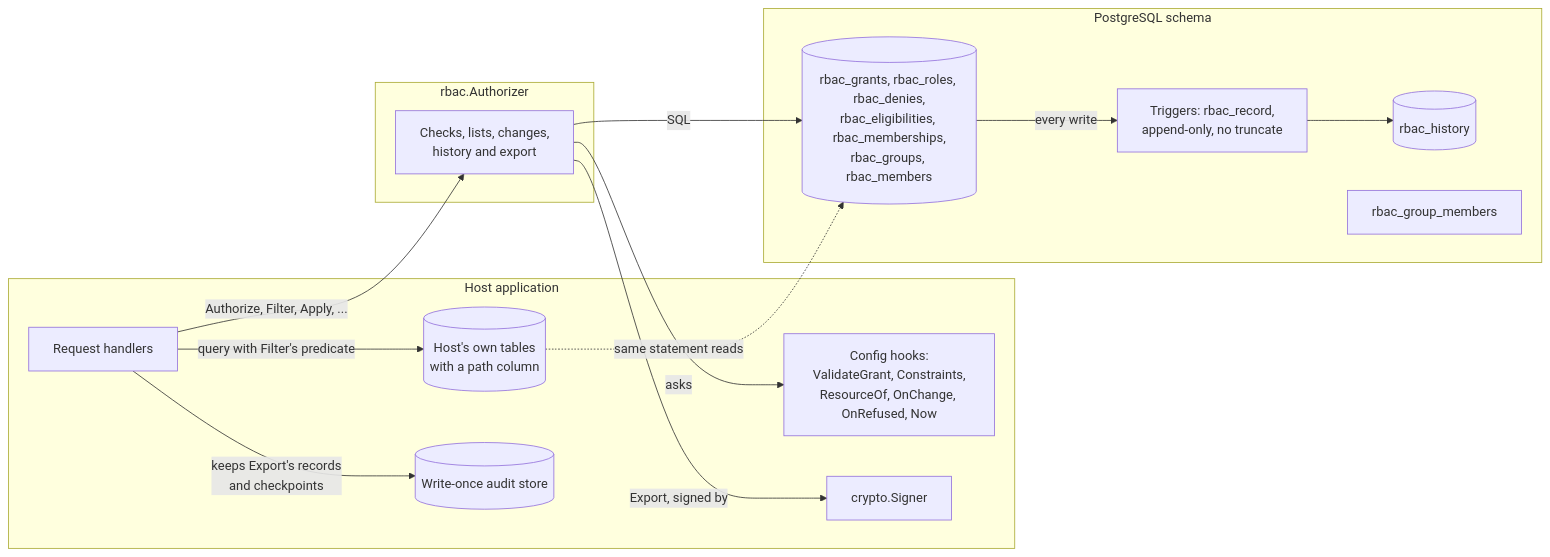
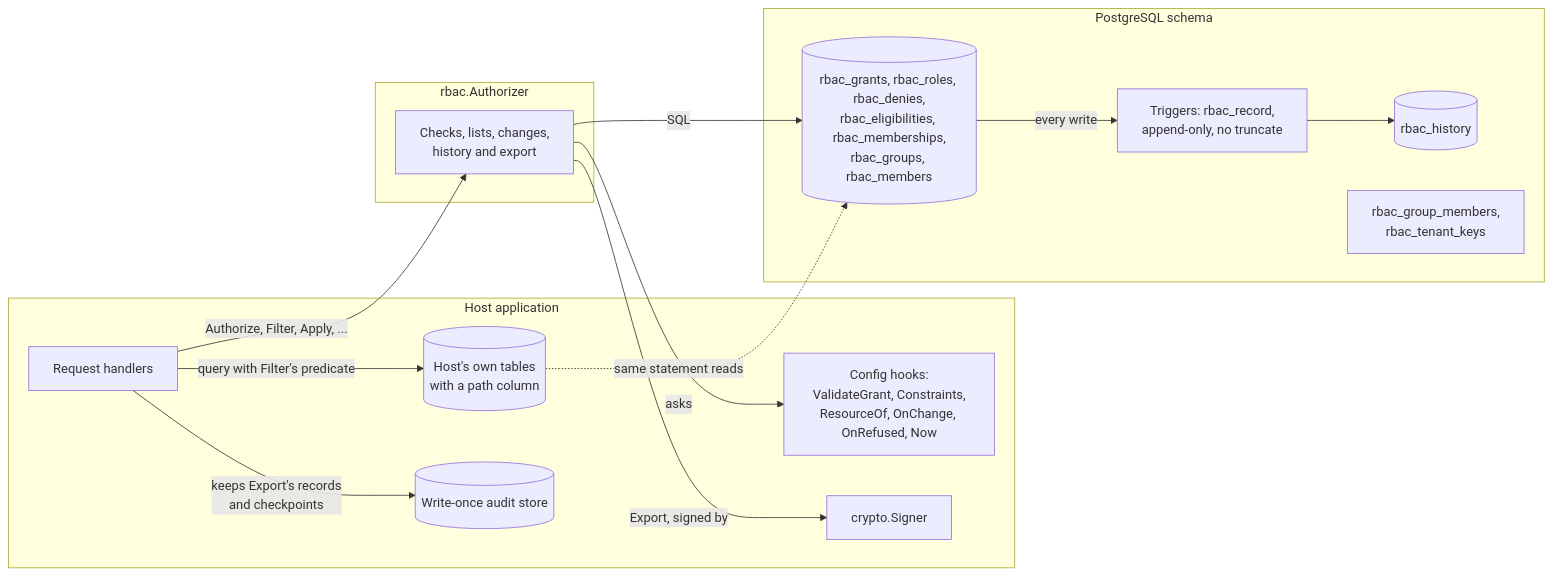
Before and after one commit to parallelworks/rbac: the first of 13 diagrams in docs/architecture.md, drawn with Mermaid. The commit also changed other lines of this file and 8 other files, not shown here.

Commit message:
fix: changing a group's members reads every eligibility and deny in the tenant, and checks' denies, lists, Activate, writes and group walks read the whole tenant once statements turn generic (#52)

````diff
--- a/docs/architecture.md
+++ b/docs/architecture.md
@@ -29,28 +29,28 @@
 ```mermaid
 flowchart LR
     subgraph host["Host application"]
         code["Request handlers"]
         hooks["Config hooks:<br/>ValidateGrant, Constraints,<br/>ResourceOf, OnChange, OnRefused, Now"]
         own[("Host's own tables<br/>with a path column")]
         store[("Write-once audit store")]
         signer["crypto.Signer"]
     end
     subgraph lib["rbac.Authorizer"]
         api["Checks, lists, changes,<br/>history and export"]
     end
     subgraph pg["PostgreSQL schema"]
         tables[("rbac_grants, rbac_roles, rbac_denies,<br/>rbac_eligibilities, rbac_memberships,<br/>rbac_groups, rbac_members")]
         history[("rbac_history")]
         triggers["Triggers: rbac_record,<br/>append-only, no truncate"]
-        fn["rbac_group_members"]
+        fn["rbac_group_members,<br/>rbac_tenant_keys"]
     end
     code -->|"Authorize, Filter, Apply, ..."| api
     api -->|"asks"| hooks
     api -->|"SQL"| tables
     tables -->|"every write"| triggers
     triggers --> history
     code -->|"query with Filter's predicate"| own
     own -.->|"same statement reads"| tables
     api -->|"Export, signed by"| signer
     code -->|"keeps Export's records<br/>and checkpoints"| store
 ```
````
